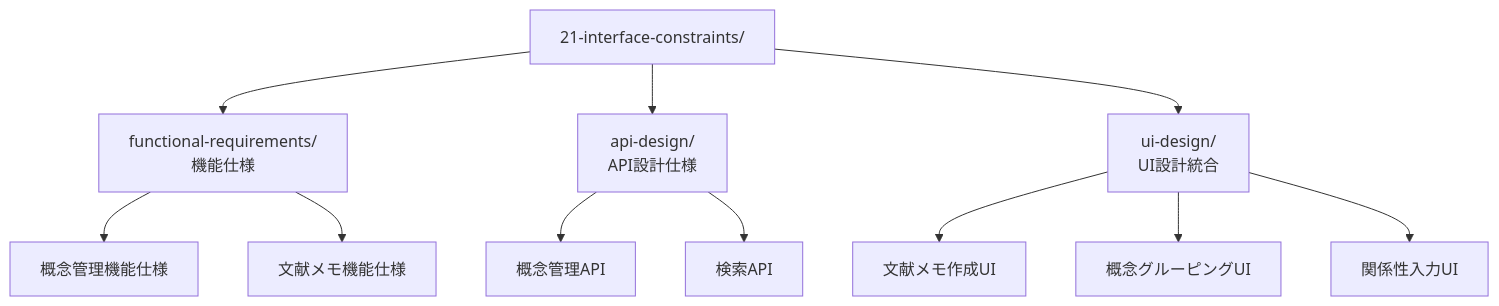
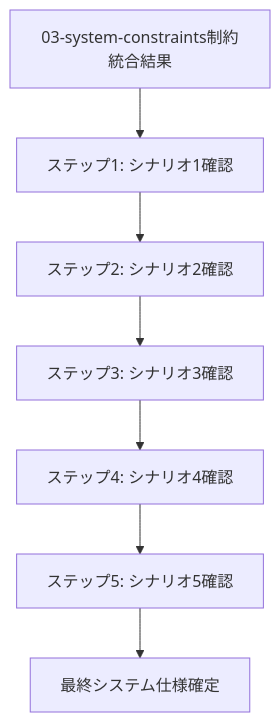
One commit to ikemo3/cogitoweave-doc changed the diagram in docs/20-system-design/04-user-constraints/README.md. Above: the diagram before and after it, drawn with Mermaid. The commit also changed other lines of this file and 241 other files, not shown here.

````diff
--- a/docs/20-system-design/04-user-constraints/README.md
+++ b/docs/20-system-design/04-user-constraints/README.md
@@ -17,16 +35,9 @@
 ```mermaid
-graph TD
-    A[21-interface-constraints/] --> B[functional-requirements/<br/>機能仕様]
-    A --> C[api-design/<br/>API設計仕様]
-    A --> D[ui-design/<br/>UI設計統合]
-    
-    B --> B1[概念管理機能仕様]
-    B --> B2[文献メモ機能仕様]
-    
-    C --> C1[概念管理API]
-    C --> C2[検索API]
-    
-    D --> D1[文献メモ作成UI]
-    D --> D2[概念グルーピングUI]
-    D --> D3[関係性入力UI]
+flowchart TD
+    A[03-system-constraints制約統合結果] --> B[ステップ1: シナリオ1確認]
+    B --> C[ステップ2: シナリオ2確認]
+    C --> D[ステップ3: シナリオ3確認]
+    D --> E[ステップ4: シナリオ4確認]
+    E --> F[ステップ5: シナリオ5確認]
+    F --> G[最終システム仕様確定]
 ```
````
